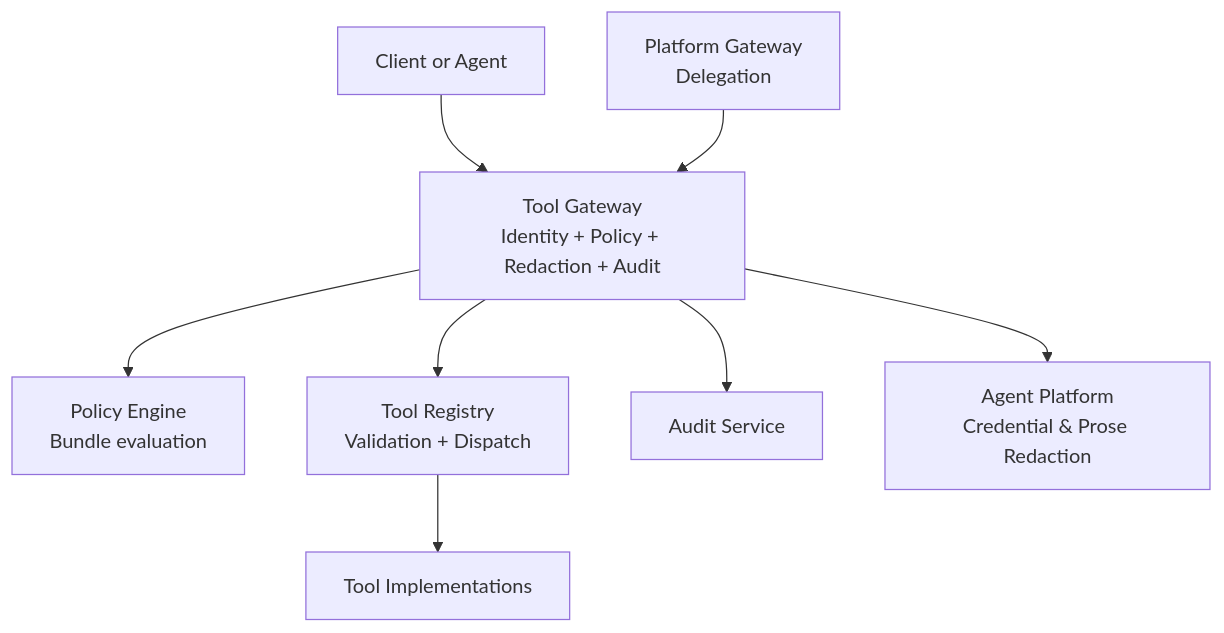
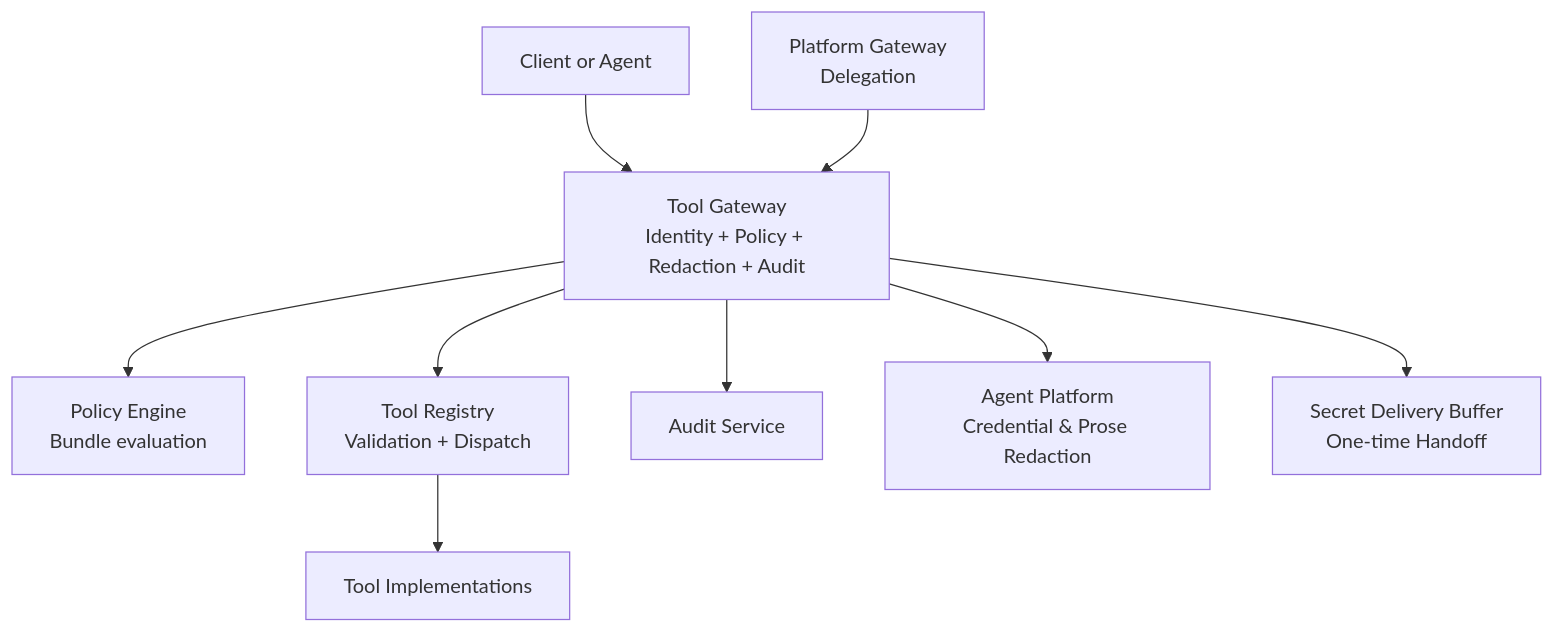
The first of 11 diagrams in .qoder/repowiki/en/content/Tool Execution Framework/Security and Access Control.md (metasync/luban-aiops), drawn with Mermaid before and after one commit. The commit also changed other lines of this file and 56 other files, not shown here.

First line of the commit message:
docs: refresh repowiki knowledge cache (SPEC-062 secret delivery, v0.42.0)

````diff
--- a/.qoder/repowiki/en/content/Tool Execution Framework/Security and Access Control.md
+++ b/.qoder/repowiki/en/content/Tool Execution Framework/Security and Access Control.md
@@ -53,18 +67,20 @@
 ```mermaid
 graph TB
 Client["Client or Agent"]
 GW["Tool Gateway<br/>Identity + Policy + Redaction + Audit"]
 PE["Policy Engine<br/>Bundle evaluation"]
 REG["Tool Registry<br/>Validation + Dispatch"]
 TOOL["Tool Implementations"]
 AUD["Audit Service"]
 AGP["Agent Platform<br/>Credential & Prose Redaction"]
 PGW["Platform Gateway<br/>Delegation"]
+DEL["Secret Delivery Buffer<br/>One-time Handoff"]
 Client --> GW
 GW --> PE
 GW --> REG
 REG --> TOOL
 GW --> AUD
 GW --> AGP
+GW --> DEL
 PGW --> GW
 ```
````
